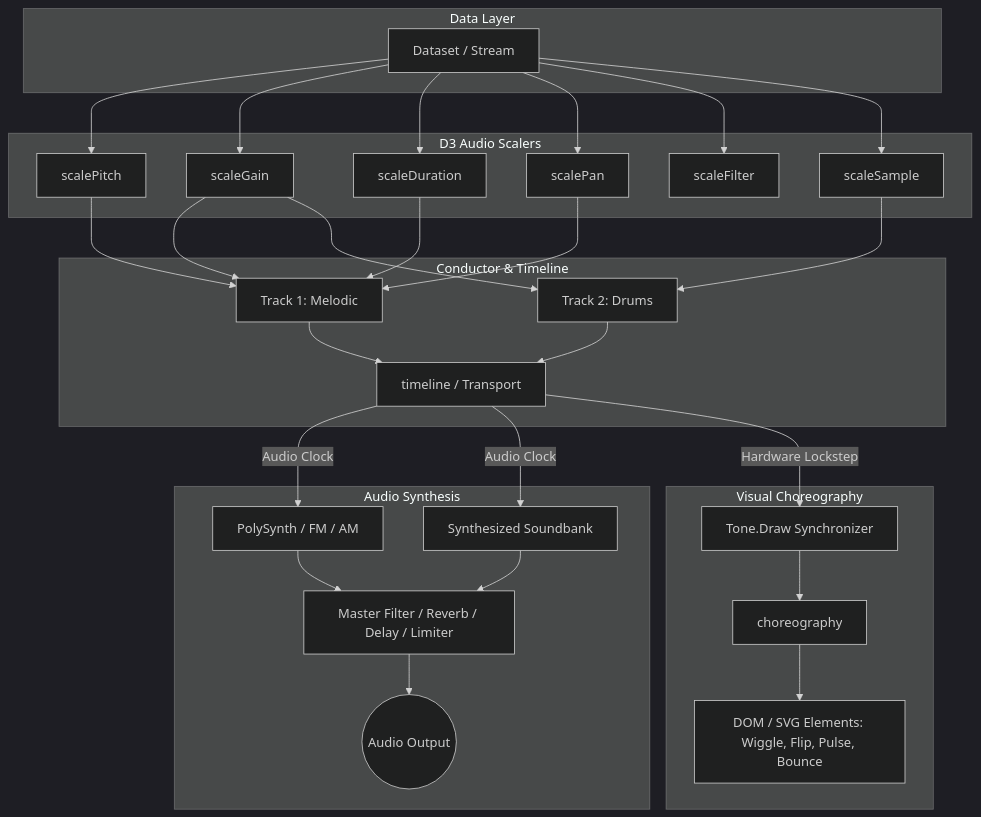
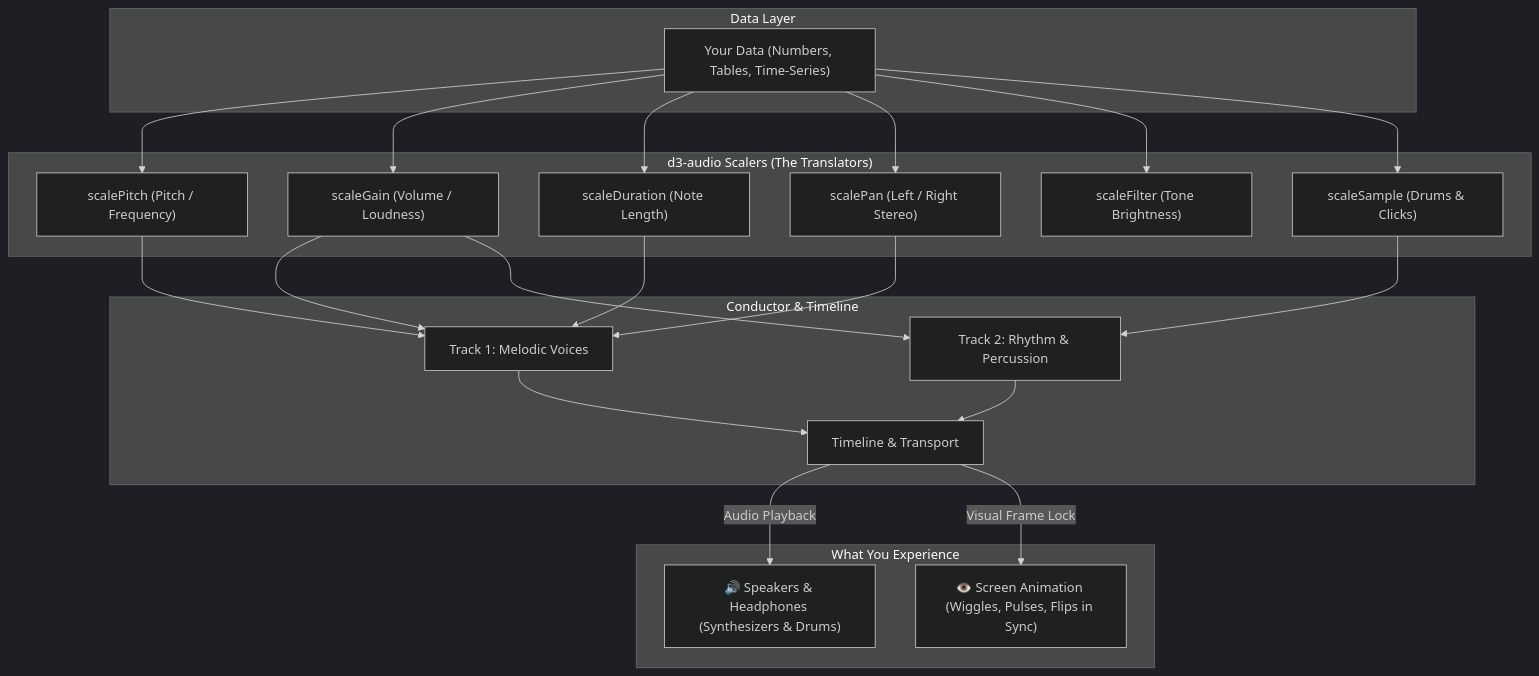
Before and after one commit to dmuldrew/d3_audio: the first of 2 diagrams in README.md, drawn with Mermaid (dark theme). The commit also changed other lines of this file and 13 other files, not shown here.

````diff
--- a/README.md
+++ b/README.md
@@ -60,41 +93,33 @@
 ```mermaid
 flowchart TD
     subgraph Data Layer
-        D[Dataset / Stream]
+        D["Your Data (Numbers, Tables, Time-Series)"]
     end
 
-    subgraph D3 Audio Scalers
-        SP[scalePitch]
-        SG[scaleGain]
-        SD[scaleDuration]
-        SPan[scalePan]
-        SF[scaleFilter]
-        SS[scaleSample]
+    subgraph Audio Scalers ["d3-audio Scalers (The Translators)"]
+        SP["scalePitch (Pitch / Frequency)"]
+        SG["scaleGain (Volume / Loudness)"]
+        SD["scaleDuration (Note Length)"]
+        SPan["scalePan (Left / Right Stereo)"]
+        SF["scaleFilter (Tone Brightness)"]
+        SS["scaleSample (Drums & Clicks)"]
     end
 
-    subgraph Conductor & Timeline
-        TL[timeline / Transport]
-        TR1[Track 1: Melodic]
-        TR2[Track 2: Drums]
+    subgraph Orchestration ["Conductor & Timeline"]
+        TL["Timeline & Transport"]
+        TR1["Track 1: Melodic Voices"]
+        TR2["Track 2: Rhythm & Percussion"]
     end
 
-    subgraph Audio Synthesis
-        Synth[PolySynth / FM / AM]
-        Drums[Synthesized Soundbank]
-        FX[Master Filter / Reverb / Delay / Limiter]
-        Speakers((Audio Output))
-    end
-
-    subgraph Visual Choreography
-        TD[Tone.Draw Synchronizer]
-        Choreo[choreography]
-        DOM[DOM / SVG Elements: Wiggle, Flip, Pulse, Bounce]
+    subgraph Output ["What You Experience"]
+        Speakers["🔊 Speakers & Headphones (Synthesizers & Drums)"]
+        Screen["👁️ Screen Animation (Wiggles, Pulses, Flips in Sync)"]
     end
 
     D --> SP & SG & SD & SPan & SF & SS
     SP & SG & SD & SPan --> TR1
     SS & SG --> TR2
     TR1 & TR2 --> TL
-    TL -->|Audio Clock| Synth & Drums --> FX --> Speakers
-    TL -->|Hardware Lockstep| TD --> Choreo --> DOM
+    TL -->|Audio Playback| Speakers
+    TL -->|Visual Frame Lock| Screen
 ```
````
